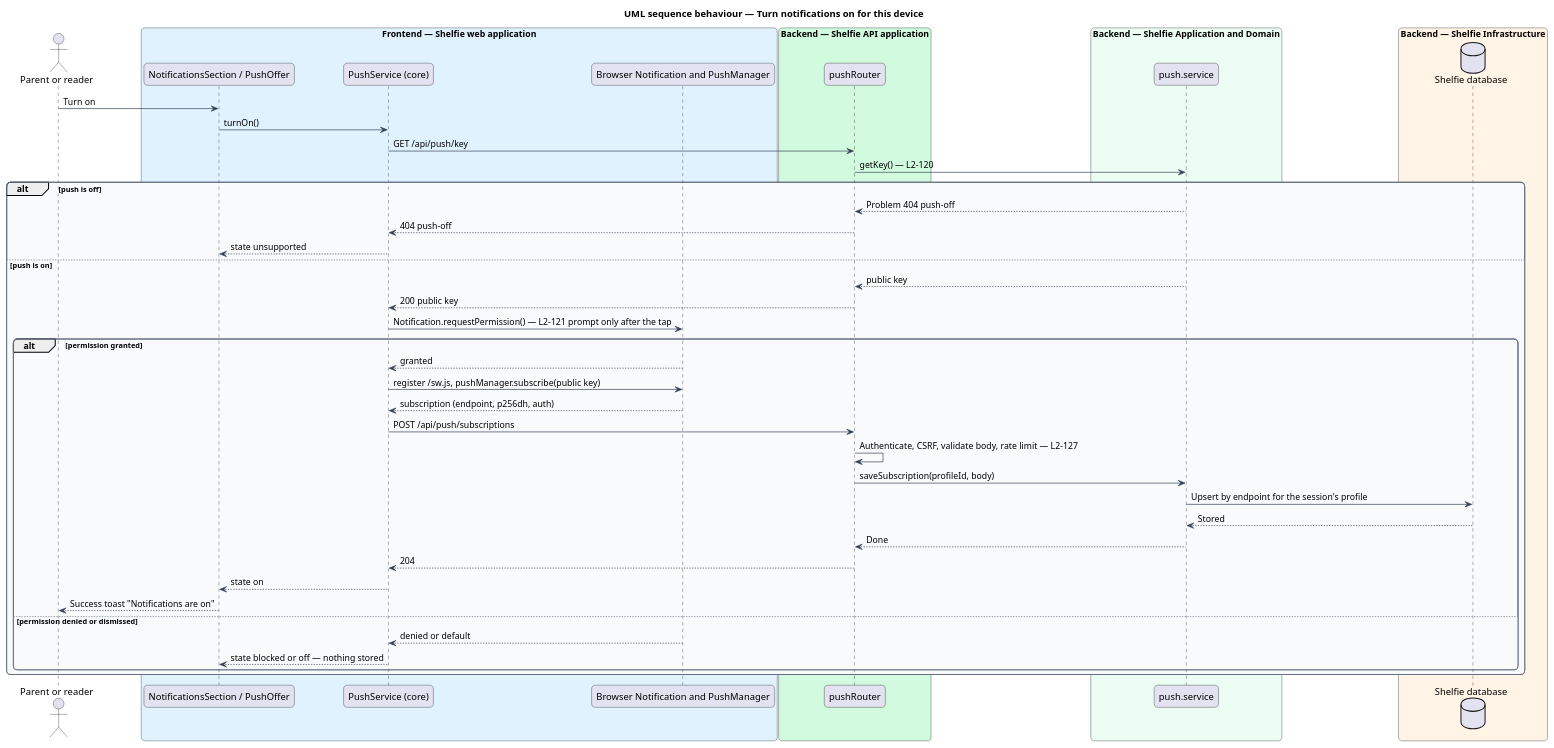
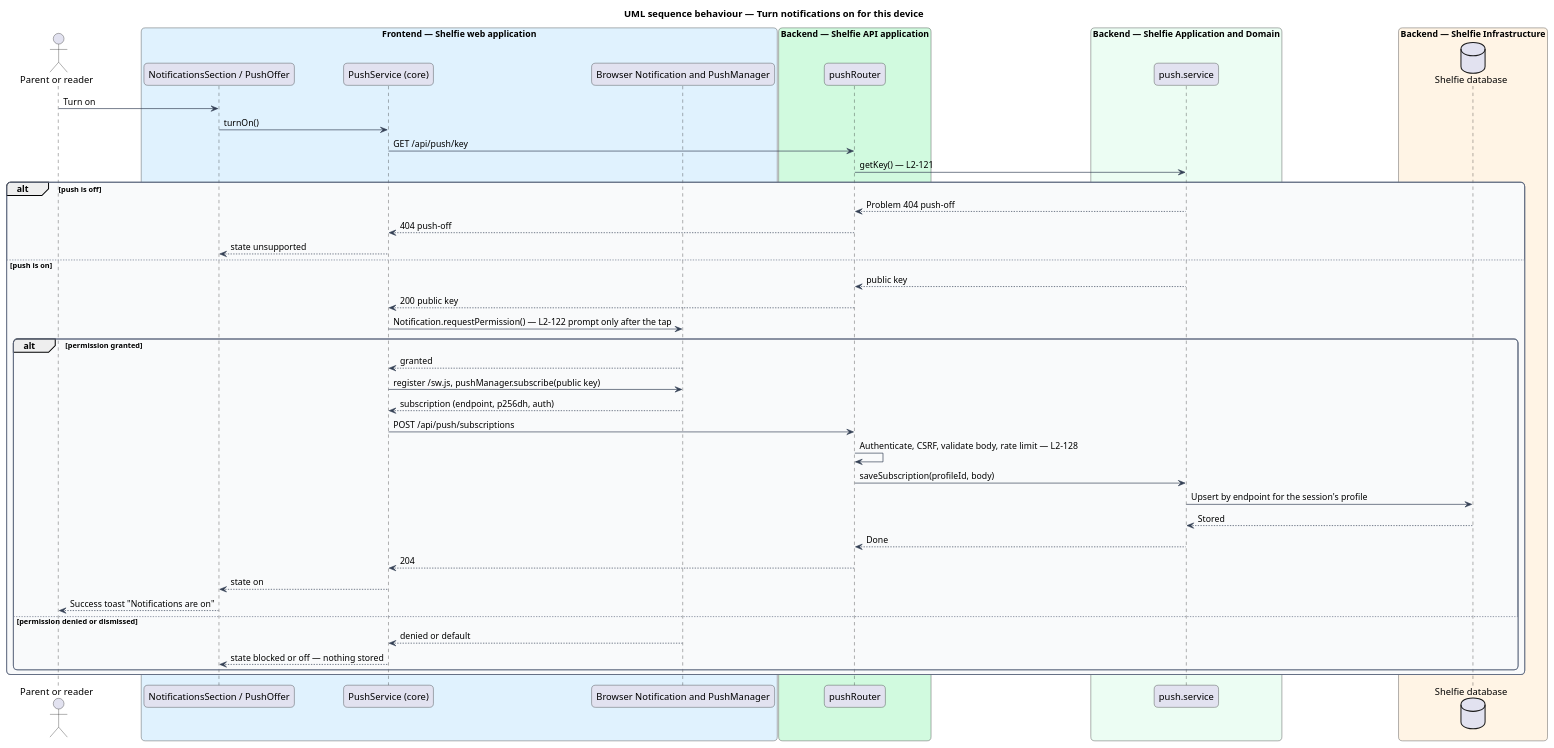
Before and after one commit to QuinntyneBrown/shelfie: the diagram in docs/detailed-designs/shell/push-notifications/diagrams/sequence-subscribe.puml, drawn with PlantUML. The commit also changed 62 other files, not shown here.

```diff
--- a/docs/detailed-designs/shell/push-notifications/diagrams/sequence-subscribe.puml
+++ b/docs/detailed-designs/shell/push-notifications/diagrams/sequence-subscribe.puml
@@ -1,62 +1,62 @@
 @startuml
 title UML sequence behaviour — Turn notifications on for this device
 skinparam backgroundColor #FFFFFF
 skinparam shadowing false
 skinparam roundcorner 12
 skinparam defaultFontName Arial
 skinparam ArrowColor #344054
 skinparam rectangle {
   BorderColor #344054
   FontColor #101828
 }
 skinparam package {
   BorderColor #667085
   FontColor #101828
   BackgroundColor #F9FAFB
 }
 actor "Parent or reader" as person
 box "Frontend — Shelfie web application" #E0F2FE
   participant "NotificationsSection / PushOffer" as ui
   participant "PushService (core)" as svc
   participant "Browser Notification and PushManager" as browser
 end box
 box "Backend — Shelfie API application" #D1FADF
   participant "pushRouter" as router
 end box
 box "Backend — Shelfie Application and Domain" #ECFDF3
   participant "push.service" as service
 end box
 box "Backend — Shelfie Infrastructure" #FFF4E5
   database "Shelfie database" as db
 end box
 person -> ui : Turn on
 ui -> svc : turnOn()
 svc -> router : GET /api/push/key
-router -> service : getKey() — L2-120
+router -> service : getKey() — L2-121
 alt push is off
   service --> router : Problem 404 push-off
   router --> svc : 404 push-off
   svc --> ui : state unsupported
 else push is on
   service --> router : public key
   router --> svc : 200 public key
-  svc -> browser : Notification.requestPermission() — L2-121 prompt only after the tap
+  svc -> browser : Notification.requestPermission() — L2-122 prompt only after the tap
   alt permission granted
     browser --> svc : granted
     svc -> browser : register /sw.js, pushManager.subscribe(public key)
     browser --> svc : subscription (endpoint, p256dh, auth)
     svc -> router : POST /api/push/subscriptions
-    router -> router : Authenticate, CSRF, validate body, rate limit — L2-127
+    router -> router : Authenticate, CSRF, validate body, rate limit — L2-128
     router -> service : saveSubscription(profileId, body)
     service -> db : Upsert by endpoint for the session's profile
     db --> service : Stored
     service --> router : Done
     router --> svc : 204
     svc --> ui : state on
     ui --> person : Success toast "Notifications are on"
   else permission denied or dismissed
     browser --> svc : denied or default
     svc --> ui : state blocked or off — nothing stored
   end
 end
 @enduml
```
